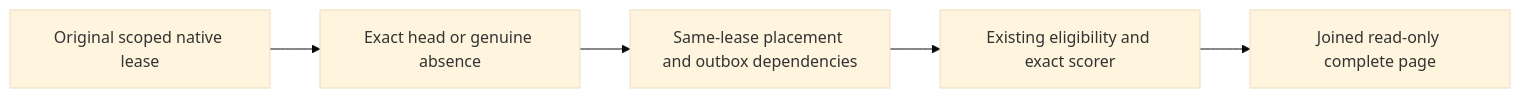
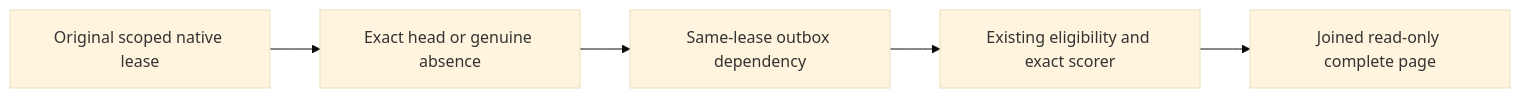
Before and after one commit to managedcode/KeyLoad: the diagram in docs/Features/Search/NativeTextBm25CapturedClosure.md, drawn with Mermaid (base theme). The commit also changed other lines of this file and 7356 other files, not shown here.

````diff
--- a/docs/Features/Search/NativeTextBm25CapturedClosure.md
+++ b/docs/Features/Search/NativeTextBm25CapturedClosure.md
@@ -9,7 +7,7 @@
 ```mermaid
 flowchart LR
   A[Original scoped native lease] --> B[Exact head or genuine absence]
-  B --> C[Same-lease placement and outbox dependencies]
+  B --> C[Same-lease outbox dependency]
   C --> D[Existing eligibility and exact scorer]
   D --> E[Joined read-only complete page]
 ```
````
